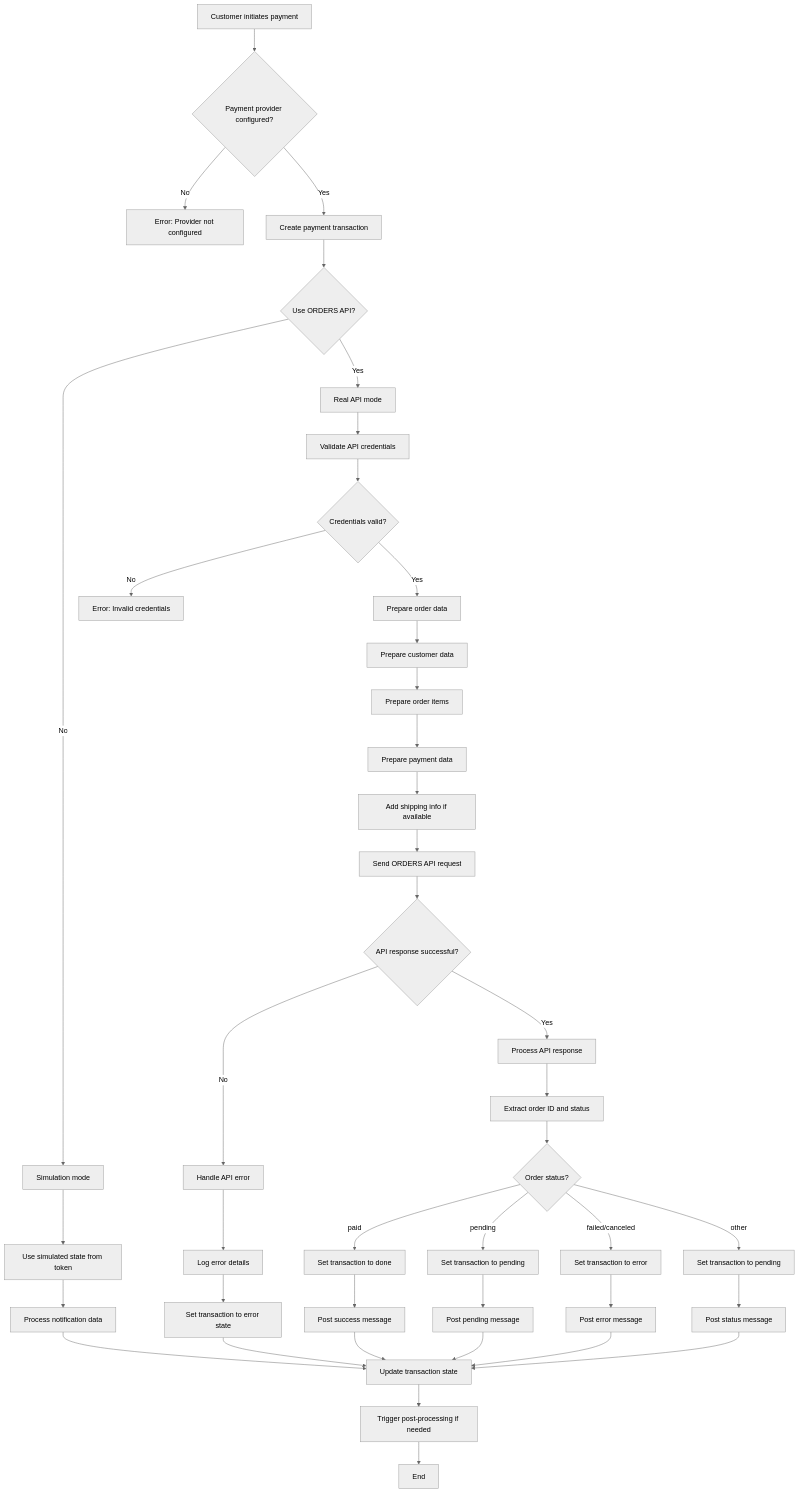
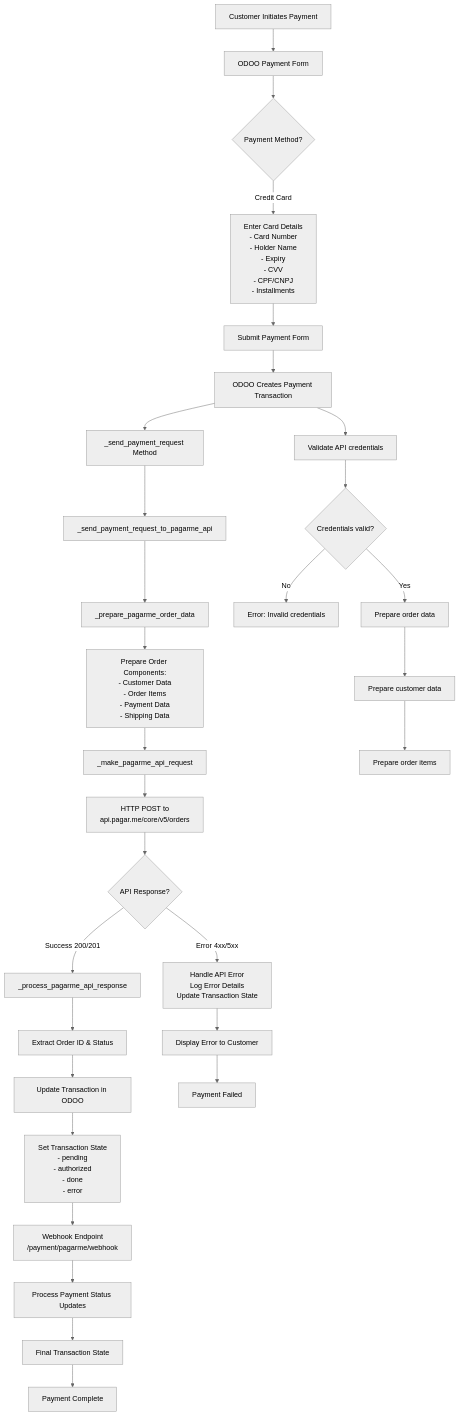
One commit to santzit/l10n-brazil-pagarme changed the first of 6 diagrams in l10n_br_payment_pagarme/PAYMENT_FLOW.md. Above: the diagram before and after it, drawn with Mermaid (neutral theme). The commit also changed other lines of this file and 2 other files, not shown here.

Commit message:
Fix remaining test failures and complete ORDERS API integration documentation

````diff
--- a/l10n_br_payment_pagarme/PAYMENT_FLOW.md
+++ b/l10n_br_payment_pagarme/PAYMENT_FLOW.md
@@ -8,53 +7,44 @@
 ```mermaid
 flowchart TD
-    A[Customer initiates payment] --> B{Payment provider configured?}
-    B -->|No| X[Error: Provider not configured]
-    B -->|Yes| C[Create payment transaction]
-
-    C --> D{Use ORDERS API?}
-    D -->|No| E[Simulation mode]
-    D -->|Yes| F[Real API mode]
-
-    E --> E1[Use simulated state from token]
-    E1 --> E2[Process notification data]
-    E2 --> Z[Update transaction state]
+    A[Customer Initiates Payment] --> B[ODOO Payment Form]
+    B --> C{Payment Method?}
+    
+    C -->|Credit Card| D[Enter Card Details<br/>- Card Number<br/>- Holder Name<br/>- Expiry<br/>- CVV<br/>- CPF/CNPJ<br/>- Installments]
+    
+    D --> E[Submit Payment Form]
+    E --> F[ODOO Creates Payment Transaction]
+    F --> G[_send_payment_request Method]
+    
+    G --> H[_send_payment_request_to_pagarme_api]
+    H --> I[_prepare_pagarme_order_data]
+    
+    I --> J[Prepare Order Components:<br/>- Customer Data<br/>- Order Items<br/>- Payment Data<br/>- Shipping Data]
+    
+    J --> K[_make_pagarme_api_request]
+    K --> L[HTTP POST to<br/>api.pagar.me/core/v5/orders]
+    
+    L --> M{API Response?}
+    
+    M -->|Success 200/201| N[_process_pagarme_api_response]
+    M -->|Error 4xx/5xx| O[Handle API Error<br/>Log Error Details<br/>Update Transaction State]
+    
+    N --> P[Extract Order ID & Status]
+    P --> Q[Update Transaction in ODOO]
+    Q --> R[Set Transaction State<br/>- pending<br/>- authorized<br/>- done<br/>- error]
+    
+    R --> S[Webhook Endpoint<br/>/payment/pagarme/webhook]
+    S --> T[Process Payment Status Updates]
+    T --> U[Final Transaction State]
+    
+    O --> V[Display Error to Customer]
+    U --> W[Payment Complete]
+    V --> X[Payment Failed]
 
     F --> F1[Validate API credentials]
     F1 --> F2{Credentials valid?}
     F2 -->|No| X1[Error: Invalid credentials]
     F2 -->|Yes| F3[Prepare order data]
 
     F3 --> F4[Prepare customer data]
     F4 --> F5[Prepare order items]
-    F5 --> F6[Prepare payment data]
-    F6 --> F7[Add shipping info if available]
-
-    F7 --> G[Send ORDERS API request]
-    G --> H{API response successful?}
-    H -->|No| I[Handle API error]
-    H -->|Yes| J[Process API response]
-
-    I --> I1[Log error details]
-    I1 --> I2[Set transaction to error state]
-    I2 --> Z
-
-    J --> J1[Extract order ID and status]
-    J1 --> J2{Order status?}
-    J2 -->|paid| K[Set transaction to done]
-    J2 -->|pending| L[Set transaction to pending]
-    J2 -->|failed/canceled| M[Set transaction to error]
-    J2 -->|other| N[Set transaction to pending]
-
-    K --> O[Post success message]
-    L --> P[Post pending message]
-    M --> Q[Post error message]
-    N --> R[Post status message]
-
-    O --> Z
-    P --> Z
-    Q --> Z
-    R --> Z
-
-    Z --> S[Trigger post-processing if needed]
-    S --> T[End]
 ```
````
